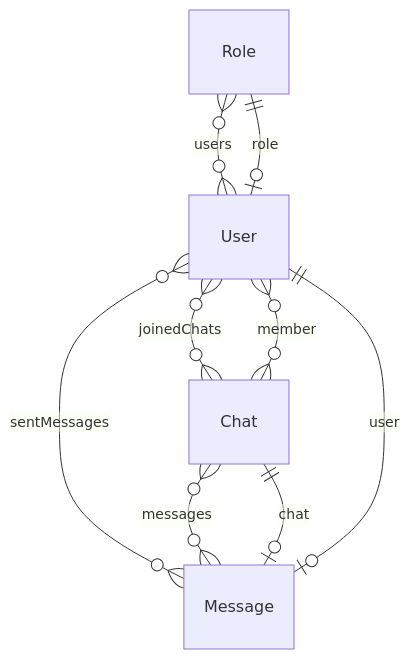
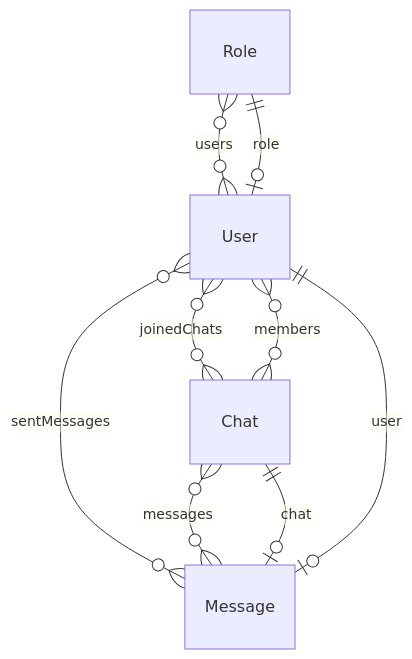
The diagram in docs/er_simple.md (kazeusagi/chat-app-backend), drawn with Mermaid before and after one commit. The commit also changed 22 other files, not shown here.

````diff
--- a/docs/er_simple.md
+++ b/docs/er_simple.md
@@ -1,31 +1,31 @@
 ```mermaid
 erDiagram
 
   "Role" {
 
     }
   
 
   "User" {
 
     }
   
 
   "Message" {
 
     }
   
 
   "Chat" {
 
     }
   
     "Role" o{--}o "User" : "users"
     "User" o|--|| "Role" : "role"
     "User" o{--}o "Chat" : "joinedChats"
     "User" o{--}o "Message" : "sentMessages"
     "Message" o|--|| "Chat" : "chat"
     "Message" o|--|| "User" : "user"
-    "Chat" o{--}o "User" : "member"
+    "Chat" o{--}o "User" : "members"
     "Chat" o{--}o "Message" : "messages"
 ```
````
